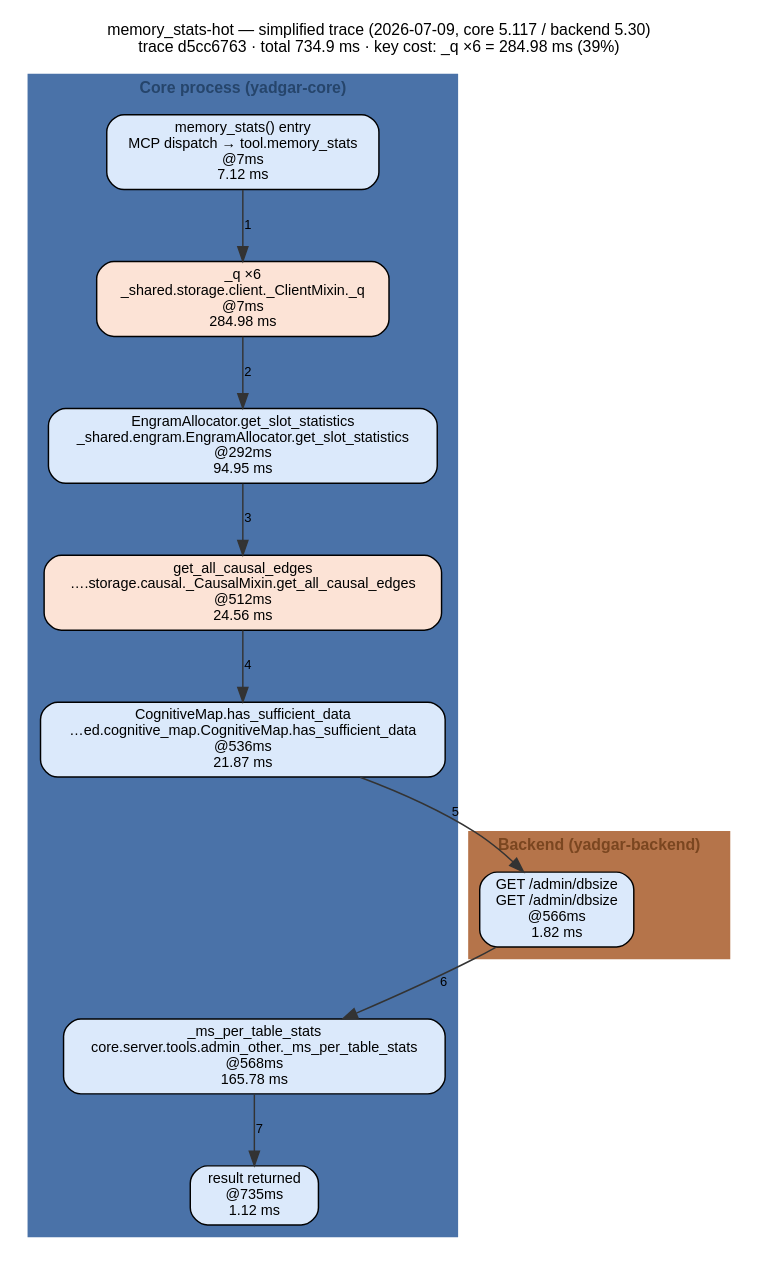
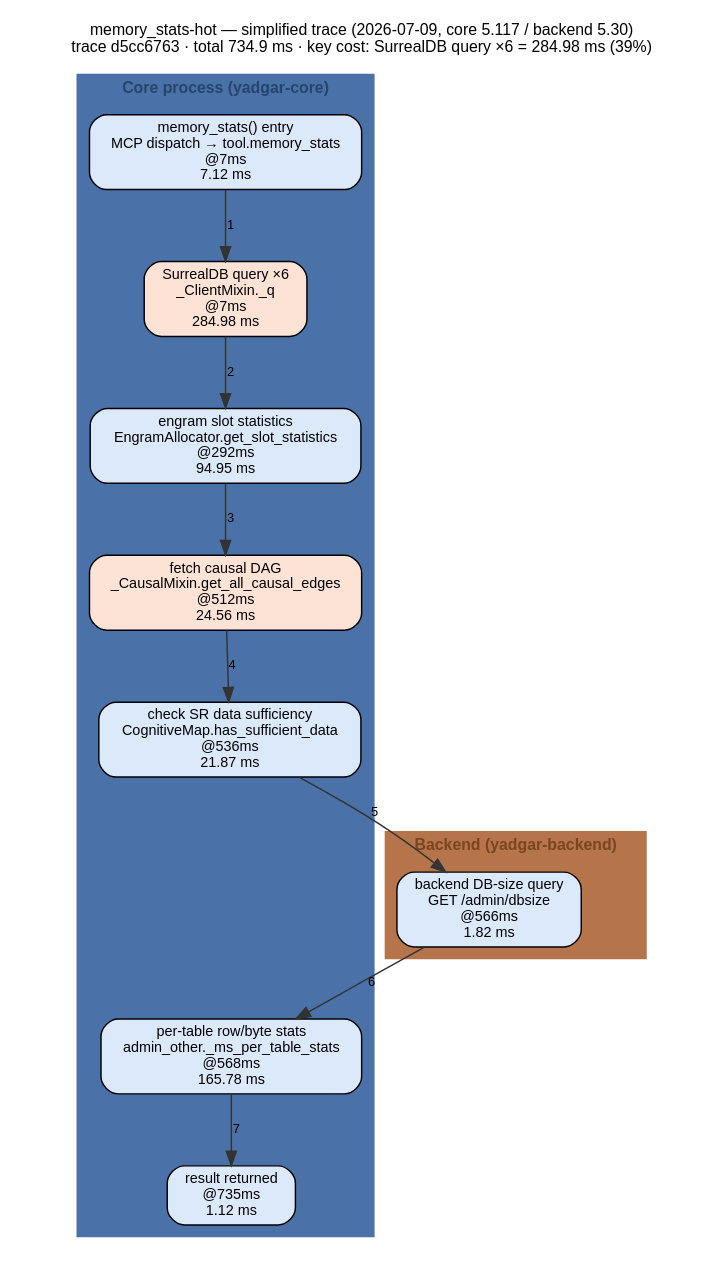
Before and after one commit to m-agahi/yadgar: the diagram in docs/diagrams/out/memory_stats-hot-trace-2026-07-09.dot, drawn with Graphviz. The commit also changed 97 other files, not shown here.

First line of the commit message:
docs(diagrams): friendly stage aliases in simplified trace renders

```diff
--- a/docs/diagrams/out/memory_stats-hot-trace-2026-07-09.dot
+++ b/docs/diagrams/out/memory_stats-hot-trace-2026-07-09.dot
@@ -1,43 +1,43 @@
 digraph flow {
   rankdir="TB";
   newrank=true;
   compound=true;
   nodesep=0.35;
   ranksep=0.55;
   graph [fontname="Helvetica", fontsize=11, labelloc="t"];
   node  [fontname="Helvetica", fontsize=10];
   edge  [fontname="Helvetica", fontsize=9];
   label="memory_stats-hot — simplified trace (2026-07-09, core 5.117 / backend 5.30)
-trace d5cc6763 · total 734.9 ms · key cost: _q ×6 = 284.98 ms (39%)";
+trace d5cc6763 · total 734.9 ms · key cost: SurrealDB query ×6 = 284.98 ms (39%)";
   subgraph "cluster_core" {
     label="Core process (yadgar-core)";
     style=filled;
     bgcolor="#eef4fb";
     color="#4a72a8";
     fontcolor="#26456b";
     fontname="Helvetica-Bold";
     "entry" [shape="box", style="rounded,filled", fillcolor="#dbe9fb", label="memory_stats() entry\nMCP dispatch → tool.memory_stats\n@7ms\n7.12 ms"];
-    "s0" [shape="box", style="rounded,filled", fillcolor="#fce3d6", label="_q ×6\n_shared.storage.client._ClientMixin._q\n@7ms\n284.98 ms"];
-    "s1" [shape="box", style="rounded,filled", fillcolor="#dbe9fb", label="EngramAllocator.get_slot_statistics\n_shared.engram.EngramAllocator.get_slot_statistics\n@292ms\n94.95 ms"];
-    "s2" [shape="box", style="rounded,filled", fillcolor="#fce3d6", label="get_all_causal_edges\n….storage.causal._CausalMixin.get_all_causal_edges\n@512ms\n24.56 ms"];
-    "s3" [shape="box", style="rounded,filled", fillcolor="#dbe9fb", label="CognitiveMap.has_sufficient_data\n…ed.cognitive_map.CognitiveMap.has_sufficient_data\n@536ms\n21.87 ms"];
-    "s5" [shape="box", style="rounded,filled", fillcolor="#dbe9fb", label="_ms_per_table_stats\ncore.server.tools.admin_other._ms_per_table_stats\n@568ms\n165.78 ms"];
+    "s0" [shape="box", style="rounded,filled", fillcolor="#fce3d6", label="SurrealDB query ×6\n_ClientMixin._q\n@7ms\n284.98 ms"];
+    "s1" [shape="box", style="rounded,filled", fillcolor="#dbe9fb", label="engram slot statistics\nEngramAllocator.get_slot_statistics\n@292ms\n94.95 ms"];
+    "s2" [shape="box", style="rounded,filled", fillcolor="#fce3d6", label="fetch causal DAG\n_CausalMixin.get_all_causal_edges\n@512ms\n24.56 ms"];
+    "s3" [shape="box", style="rounded,filled", fillcolor="#dbe9fb", label="check SR data sufficiency\nCognitiveMap.has_sufficient_data\n@536ms\n21.87 ms"];
+    "s5" [shape="box", style="rounded,filled", fillcolor="#dbe9fb", label="per-table row/byte stats\nadmin_other._ms_per_table_stats\n@568ms\n165.78 ms"];
     "done" [shape="box", style="rounded,filled", fillcolor="#dbe9fb", label="result returned\n@735ms\n1.12 ms"];
   }
   subgraph "cluster_backend" {
     label="Backend (yadgar-backend)";
     style=filled;
     bgcolor="#fbf0ea";
     color="#b5744a";
     fontcolor="#7a4620";
     fontname="Helvetica-Bold";
-    "s4" [shape="box", style="rounded,filled", fillcolor="#dbe9fb", label="GET /admin/dbsize\nGET /admin/dbsize\n@566ms\n1.82 ms"];
+    "s4" [shape="box", style="rounded,filled", fillcolor="#dbe9fb", label="backend DB-size query\nGET /admin/dbsize\n@566ms\n1.82 ms"];
   }
   "entry" -> "s0" [color="#333333", style="solid", label="1"];
   "s0" -> "s1" [color="#333333", style="solid", label="2"];
   "s1" -> "s2" [color="#333333", style="solid", label="3"];
   "s2" -> "s3" [color="#333333", style="solid", label="4"];
   "s3" -> "s4" [color="#333333", style="solid", label="5"];
   "s4" -> "s5" [color="#333333", style="solid", label="6"];
   "s5" -> "done" [color="#333333", style="solid", label="7"];
 }
```
